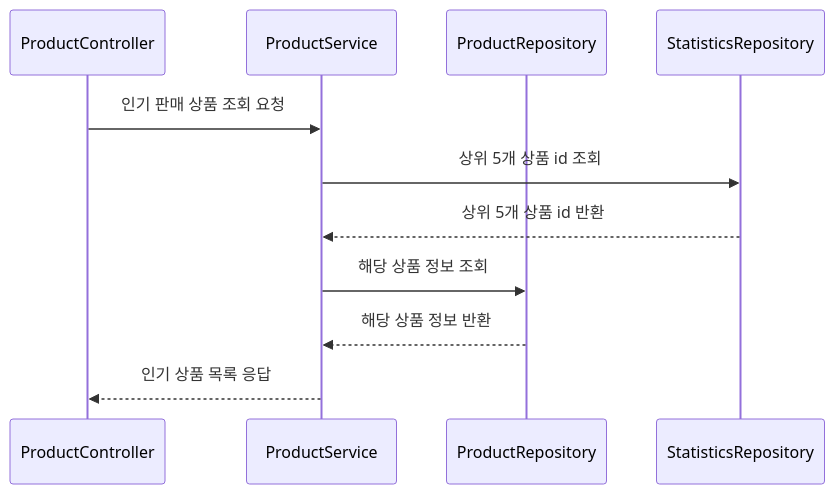
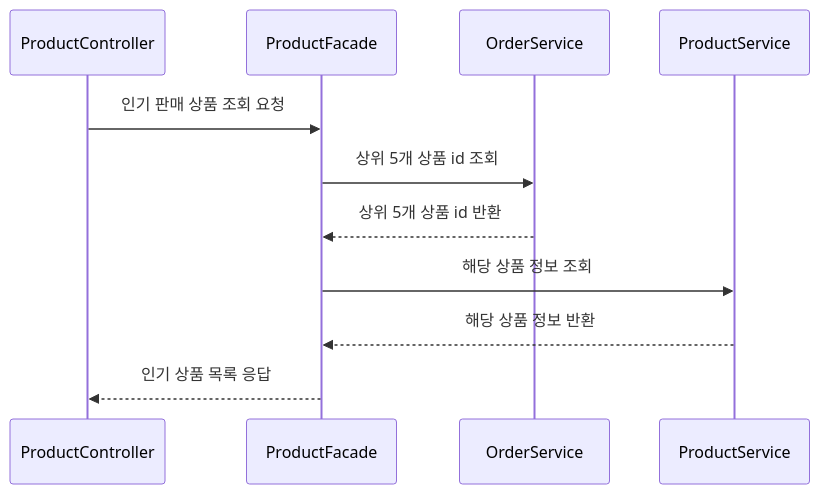
One commit to Moon-Jang/hhplus-e-commerce changed the diagram in docs/sequence/인기판매상품조회.md. Above: the diagram before and after it, drawn with Mermaid. The commit also changed 5 other files, not shown here.

Commit message:
[fix] 피드백에 맞게 요구사항 및 시퀀스 다이어그램 수정

````diff
--- a/docs/sequence/인기판매상품조회.md
+++ b/docs/sequence/인기판매상품조회.md
@@ -1,14 +1,14 @@
 ```mermaid
 sequenceDiagram
     participant ProductController
+    participant ProductFacade
+    participant OrderService
     participant ProductService
-    participant ProductRepository
-    participant StatisticsRepository
 
-    ProductController->>ProductService: 인기 판매 상품 조회 요청
-    ProductService->>StatisticsRepository: 상위 5개 상품 id 조회
-    StatisticsRepository-->>ProductService: 상위 5개 상품 id 반환
-    ProductService->>ProductRepository: 해당 상품 정보 조회
-    ProductRepository-->>ProductService: 해당 상품 정보 반환
-    ProductService-->>ProductController: 인기 상품 목록 응답
+    ProductController->>ProductFacade: 인기 판매 상품 조회 요청
+    ProductFacade->>OrderService: 상위 5개 상품 id 조회
+    OrderService-->>ProductFacade: 상위 5개 상품 id 반환
+    ProductFacade->>ProductService: 해당 상품 정보 조회
+    ProductService-->>ProductFacade: 해당 상품 정보 반환
+    ProductFacade-->>ProductController: 인기 상품 목록 응답
 ```
````
